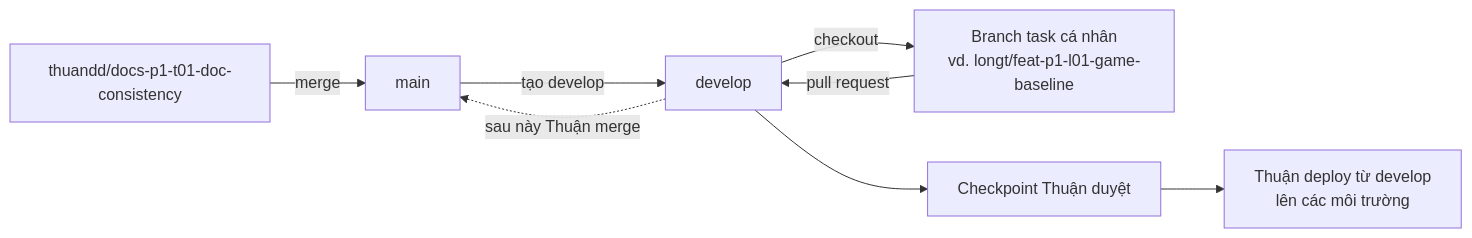
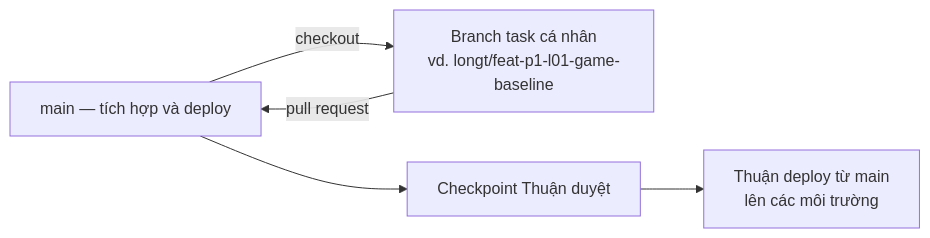
The diagram in docs/README.md (sock1000kg/dau-giai-ott), drawn with Mermaid before and after one commit. The commit also changed other lines of this file and 10 other files, not shown here.

Commit message:
docs: make main the integration branch

````diff
--- a/docs/README.md
+++ b/docs/README.md
@@ -52,10 +52,7 @@
 ```mermaid
 flowchart LR
-    S["thuandd/docs-p1-t01-doc-consistency"] -->|merge| M["main"]
-    M -->|tạo develop| V["develop"]
-    V -->|checkout| F["Branch task cá nhân<br/>vd. longt/feat-p1-l01-game-baseline"]
-    F -->|pull request| V
-    V --> C["Checkpoint Thuận duyệt"]
-    C --> E["Thuận deploy từ develop<br/>lên các môi trường"]
-    V -.->|sau này Thuận merge| M
+    M["main — tích hợp và deploy"] -->|checkout| F["Branch task cá nhân<br/>vd. longt/feat-p1-l01-game-baseline"]
+    F -->|pull request| M
+    M --> C["Checkpoint Thuận duyệt"]
+    C --> E["Thuận deploy từ main<br/>lên các môi trường"]
 ```
````
